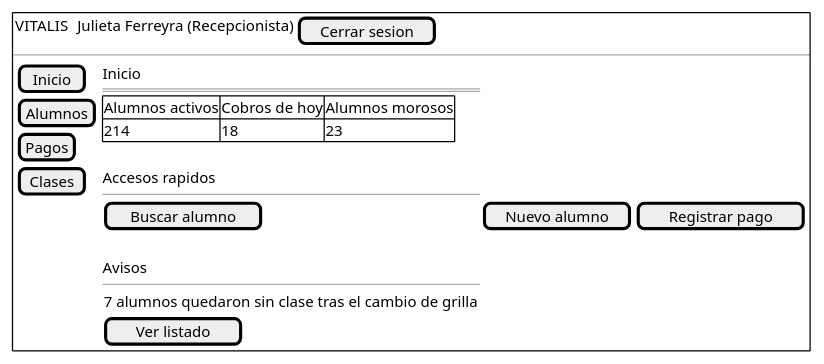
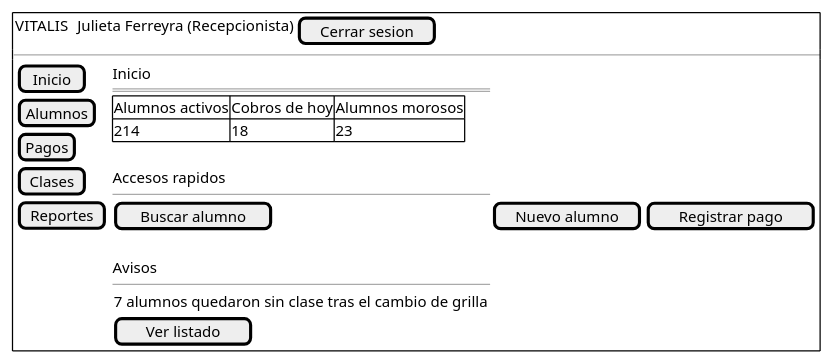
The diagram in diagramas/wireframes/02-dashboard.puml (ValenVerduna2507/Vitalis), drawn with PlantUML before and after one commit.

Commit message:
Add 'Reportes' section to dashboard wireframe

```diff
--- a/diagramas/wireframes/02-dashboard.puml
+++ b/diagramas/wireframes/02-dashboard.puml
@@ -1,38 +1,39 @@
 @startsalt 02-dashboard
 ' ============================================================
 '  Wireframe P02 - Dashboard (rol Recepcionista)
 '  Sistema de Gestion Integral - Vitalis / Grupo 02
 '  Documentacion: docs/diseno-ui.md, pantalla P02
 ' ============================================================
 {
   {+
     { VITALIS | . | Julieta Ferreyra (Recepcionista) | [Cerrar sesion] }
     --
     {
       {
         [Inicio]
         [Alumnos]
         [Pagos]
         [Clases]
+        [Reportes]
       } |
       {
         Inicio
         ==
         {#
           Alumnos activos | Cobros de hoy | Alumnos morosos
           214             | 18            | 23
         }
         .
         Accesos rapidos
         --
         [ Buscar alumno ] | [ Nuevo alumno ] | [ Registrar pago ]
         .
         Avisos
         --
         { 7 alumnos quedaron sin clase tras el cambio de grilla }
         [ Ver listado ]
       }
     }
   }
 }
 @endsalt
```
